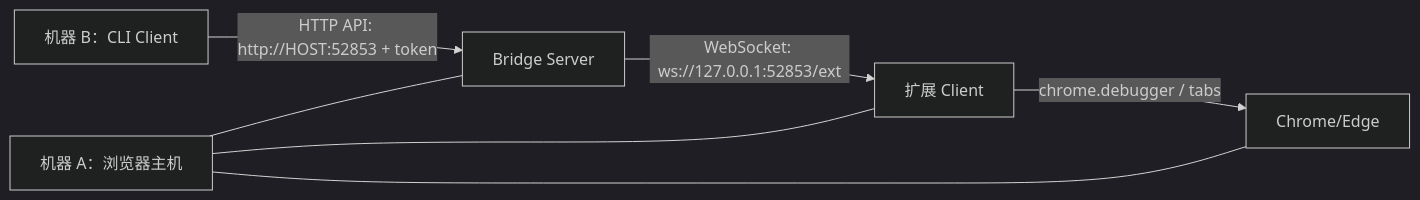
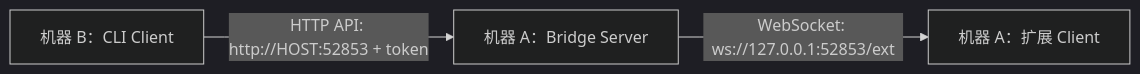
Before and after one commit to dreamhunter2333/browser-bridge-cli: the second of 3 diagrams in README_CN.md, drawn with Mermaid (dark theme). The commit also changed other lines of this file and 1 other file, not shown here.

Commit message:
Simplify README deployment diagrams

````diff
--- a/README_CN.md
+++ b/README_CN.md
@@ -89,15 +87,9 @@
 ```mermaid
 graph LR
     CLI["机器 B：CLI Client"]
-    Host["机器 A：浏览器主机"]
-    Bridge["Bridge Server"]
-    Ext["扩展 Client"]
-    Browser["Chrome/Edge"]
+    Bridge["机器 A：Bridge Server"]
+    Ext["机器 A：扩展 Client"]
 
     CLI -->|"HTTP API: http://HOST:52853 + token"| Bridge
     Bridge -->|"WebSocket: ws://127.0.0.1:52853/ext"| Ext
-    Ext -->|"chrome.debugger / tabs"| Browser
-    Host --- Bridge
-    Host --- Ext
-    Host --- Browser
 ```
````
